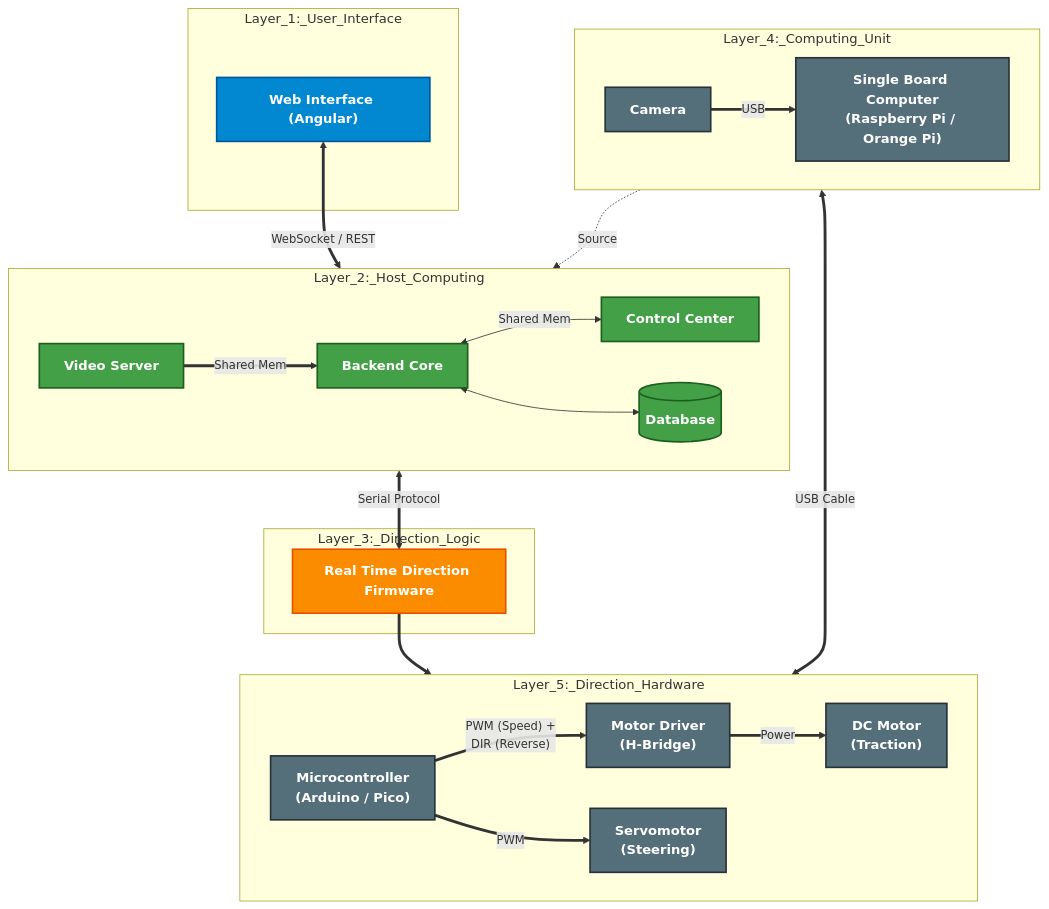
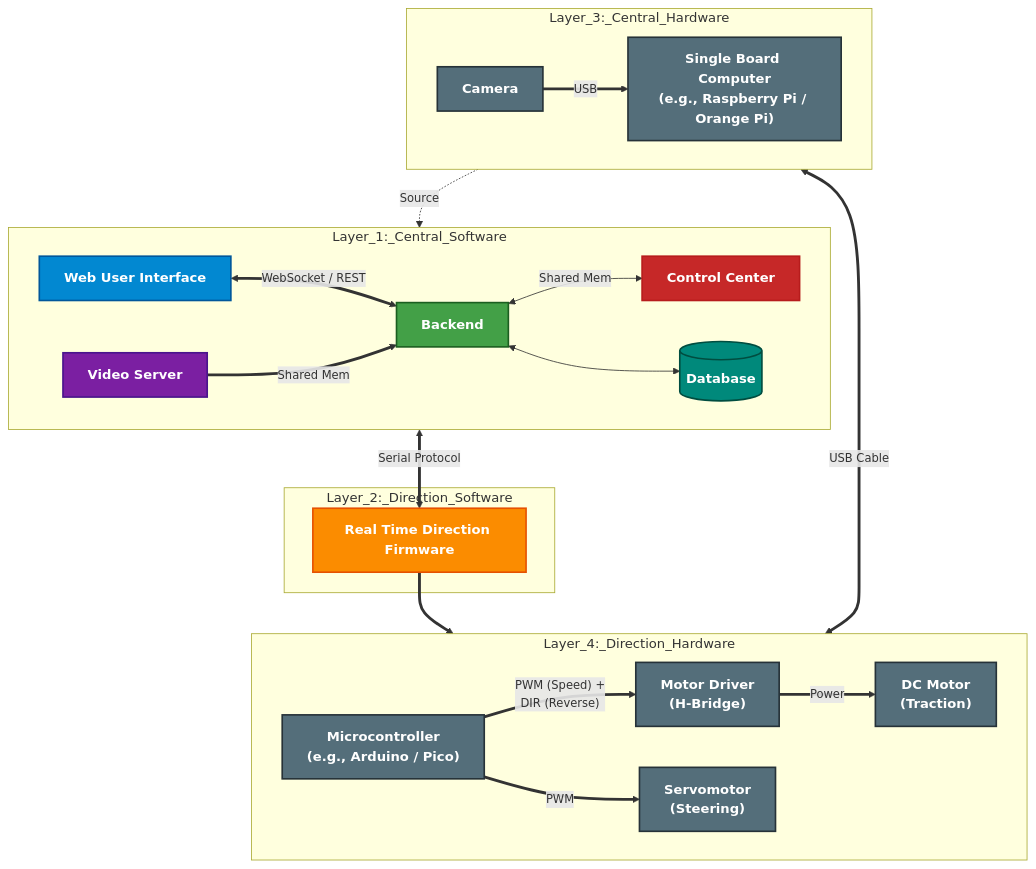
The diagram in README.md (augustodamasceno/gabriel-teleop-platform), drawn with Mermaid before and after one commit. The commit also changed other lines of this file, not shown here.

First line of the commit message:
docs(main): restructure architecture naming and layers to improve organization

````diff
--- a/README.md
+++ b/README.md
@@ -63,75 +79,74 @@
 ```mermaid
 flowchart TD
     %% -- Styling --
     classDef class_ui fill:#0288d1,stroke:#01579b,stroke-width:2px,color:white,font-size:16px,font-weight:bold;
-    classDef class_host fill:#43a047,stroke:#1b5e20,stroke-width:2px,color:white,font-size:16px,font-weight:bold;
+    classDef class_video fill:#7b1fa2,stroke:#4a148c,stroke-width:2px,color:white,font-size:16px,font-weight:bold;
+    classDef class_backend fill:#43a047,stroke:#1b5e20,stroke-width:2px,color:white,font-size:16px,font-weight:bold;
+    classDef class_control fill:#c62828,stroke:#b71c1c,stroke-width:2px,color:white,font-size:16px,font-weight:bold;
+    classDef class_db fill:#00897b,stroke:#004d40,stroke-width:2px,color:white,font-size:16px,font-weight:bold;
     classDef class_fw fill:#fb8c00,stroke:#e65100,stroke-width:2px,color:white,font-size:16px,font-weight:bold;
     classDef class_hw fill:#546e7a,stroke:#263238,stroke-width:2px,color:white,font-size:16px,font-weight:bold;
 
-    %% -- LAYER 1: UI (Now inside a box) --
-    subgraph L1 ["Layer_1:_User_Interface"]
-        UI["Web Interface (Angular)"]:::class_ui
+    %% -- LAYER 1: CENTRAL SOFTWARE --
+    subgraph L1 ["Layer_1:_Central_Software"]
+        direction LR
+        UI["Web User Interface"]:::class_ui
+        Video["Video Server"]:::class_video
+        Backend["Backend"]:::class_backend
+        Control["Control Center"]:::class_control
+        DB[("Database")]:::class_db
     end
 
-    %% -- LAYER 2: HOST SOFTWARE --
-    subgraph L2 ["Layer_2:_Host_Computing"]
-        direction LR
-        Video["Video Server"]:::class_host
-        Backend["Backend Core"]:::class_host
-        Control["Control Center"]:::class_host
-        DB[("Database")]:::class_host
-    end
-
-    %% -- LAYER 3: LOGIC --
-    subgraph L3 ["Layer_3:_Direction_Logic"]
+    %% -- LAYER 2: DIRECTION SOFTWARE --
+    subgraph L2 ["Layer_2:_Direction_Software"]
         FW["Real Time Direction Firmware"]:::class_fw
     end
 
-    %% -- LAYER 4: COMPUTING UNIT --
-    subgraph L4 ["Layer_4:_Computing_Unit"]
+    %% -- LAYER 3: CENTRAL HARDWARE --
+    subgraph L3 ["Layer_3:_Central_Hardware"]
         direction LR
         CamHW["Camera"]:::class_hw
-        SBC["Single Board Computer<br/>(Raspberry Pi / Orange Pi)"]:::class_hw
+        SBC["Single Board Computer<br/>(e.g., Raspberry Pi / Orange Pi)"]:::class_hw
     end
 
-    %% -- LAYER 5: HARDWARE --
-    subgraph L5 ["Layer_5:_Direction_Hardware"]
+    %% -- LAYER 4: DIRECTION HARDWARE --
+    subgraph L4 ["Layer_4:_Direction_Hardware"]
         direction LR
-        MCU["Microcontroller<br/>(Arduino / Pico)"]:::class_hw
+        MCU["Microcontroller<br/>(e.g., Arduino / Pico)"]:::class_hw
         Driver["Motor Driver<br/>(H-Bridge)"]:::class_hw
         Servo["Servomotor<br/>(Steering)"]:::class_hw
         DC["DC Motor<br/>(Traction)"]:::class_hw
     end
 
     %% -- CONNECTIONS --
     
     %% UI -> Host
     UI <==>|"WebSocket / REST"| Backend
 
     %% Host Internal
     Video == "Shared Mem" ==> Backend
     Backend <-->|"Shared Mem"| Control
     Backend <--> DB
 
     %% Host -> FW
     Control <==>|"Serial Protocol"| FW
 
     %% FW -> Hardware
     FW ==> MCU
 
     %% Hardware Physical Chain
     CamHW ==>|"USB"| SBC
     SBC <==>|"USB Cable"| MCU
     
     %% DETAILED MOTOR CONTROL SIGNALS
     MCU ==>|"PWM (Speed) +<br/>DIR (Reverse)"| Driver
     MCU ==>|"PWM"| Servo
     
     Driver ==>|"Power"| DC
 
     %% Camera Source Link
     CamHW -.->|Source| Video
 
     %% -- LINK STYLING --
     linkStyle default font-size:14px;
 ```
````
